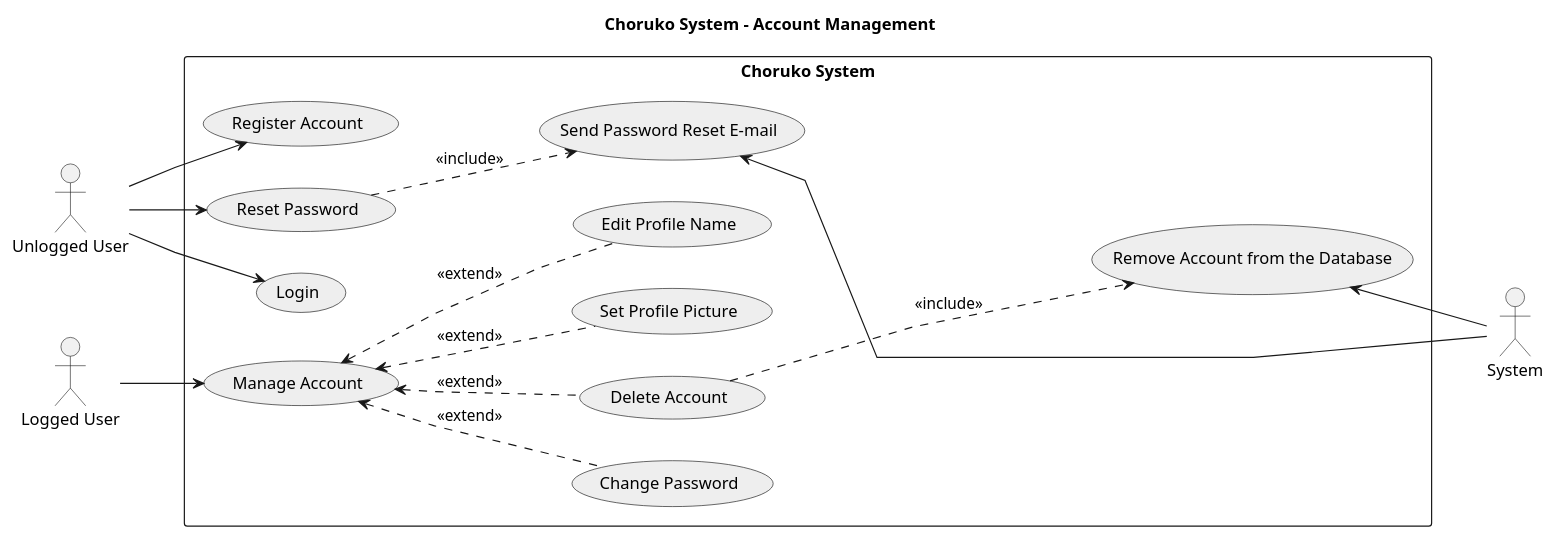
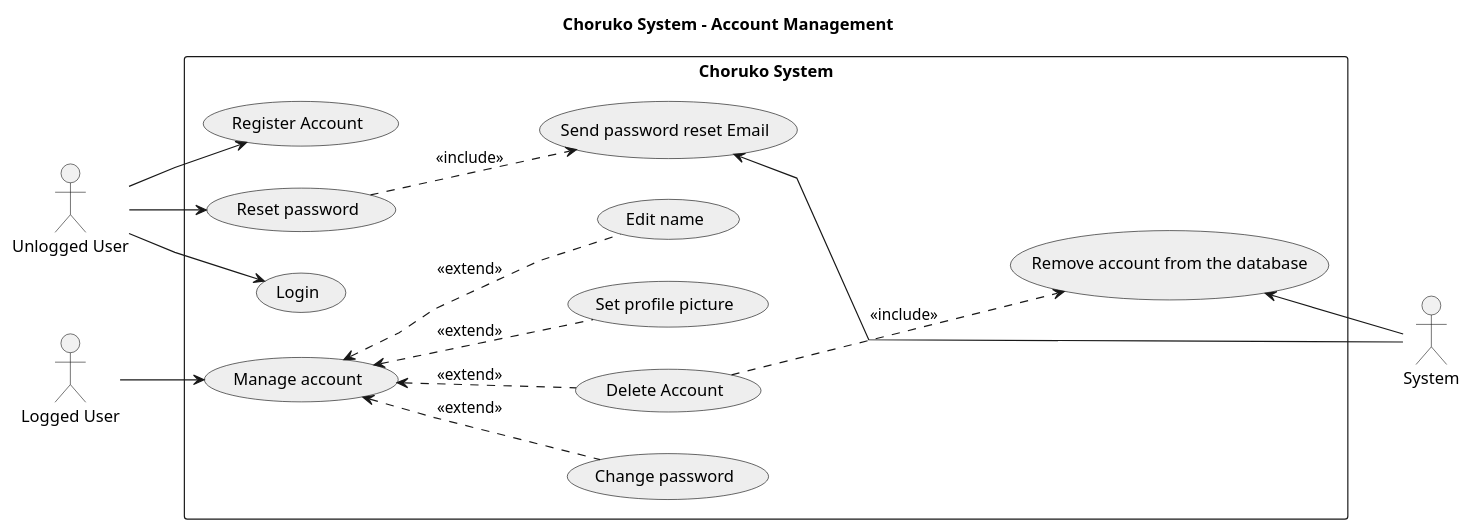
Before and after one commit to psampir/choruko: the diagram in docs/UML/use-case-diagrams/account-management-diagram.puml, drawn with PlantUML. The commit also changed 1 other file, not shown here.

Commit message:
small class diagram changes

```diff
--- a/docs/UML/use-case-diagrams/account-management-diagram.puml
+++ b/docs/UML/use-case-diagrams/account-management-diagram.puml
@@ -1,40 +1,40 @@
 @startuml account-management
 
 title Choruko System - Account Management
 skinparam usecaseBorderColor #000000
 skinparam usecaseBackgroundColor #EEEEEE
 skinparam packageStyle rectangle
 skinparam linetype polyline
 left to right direction
 
 :Unlogged User: as u_user
 :Logged User: as l_user
 :System: as system
 
 rectangle "Choruko System" {
   usecase "Login" as UC1
   usecase "Register Account" as UC2
   usecase "Delete Account" as UC3
-  usecase "Manage Account" as UC5
-  usecase "Reset Password" as UC6
-  usecase "Change Password" as UC10
-  usecase "Set Profile Picture" as UC4
-  usecase "Edit Profile Name" as UC9
-  usecase "Send Password Reset E-mail" as UC7
-  usecase "Remove Account from the Database" as UC8
+  usecase "Manage account" as UC5
+  usecase "Reset password" as UC6
+  usecase "Change password" as UC10
+  usecase "Set profile picture" as UC4
+  usecase "Edit name" as UC9
+  usecase "Send password reset Email" as UC7
+  usecase "Remove account from the database" as UC8
 }
 
 u_user --> UC1
 u_user --> UC2
 u_user --> UC6
 l_user --> UC5
 UC5 <.. UC3 : <<extend>>
 UC5 <.. UC10 : <<extend>>
 UC5 <.. UC4 : <<extend>>
 UC5 <.. UC9 : <<extend>>
 UC6 ..> UC7 : <<include>>
-UC3 ....> UC8 : <<include>>
+UC3 ...> UC8 : <<include>>
 UC7 <-- system 
 UC8 <-- system
 
 @enduml
```
